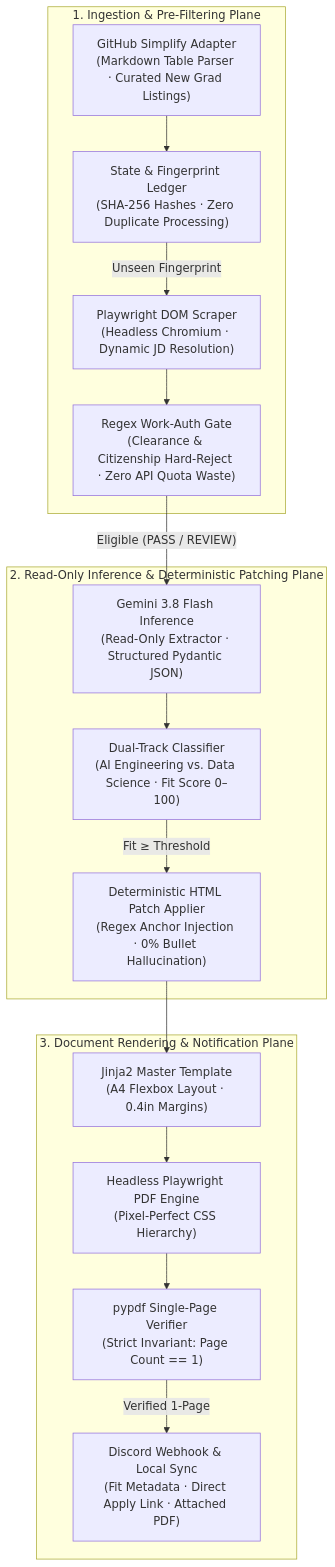
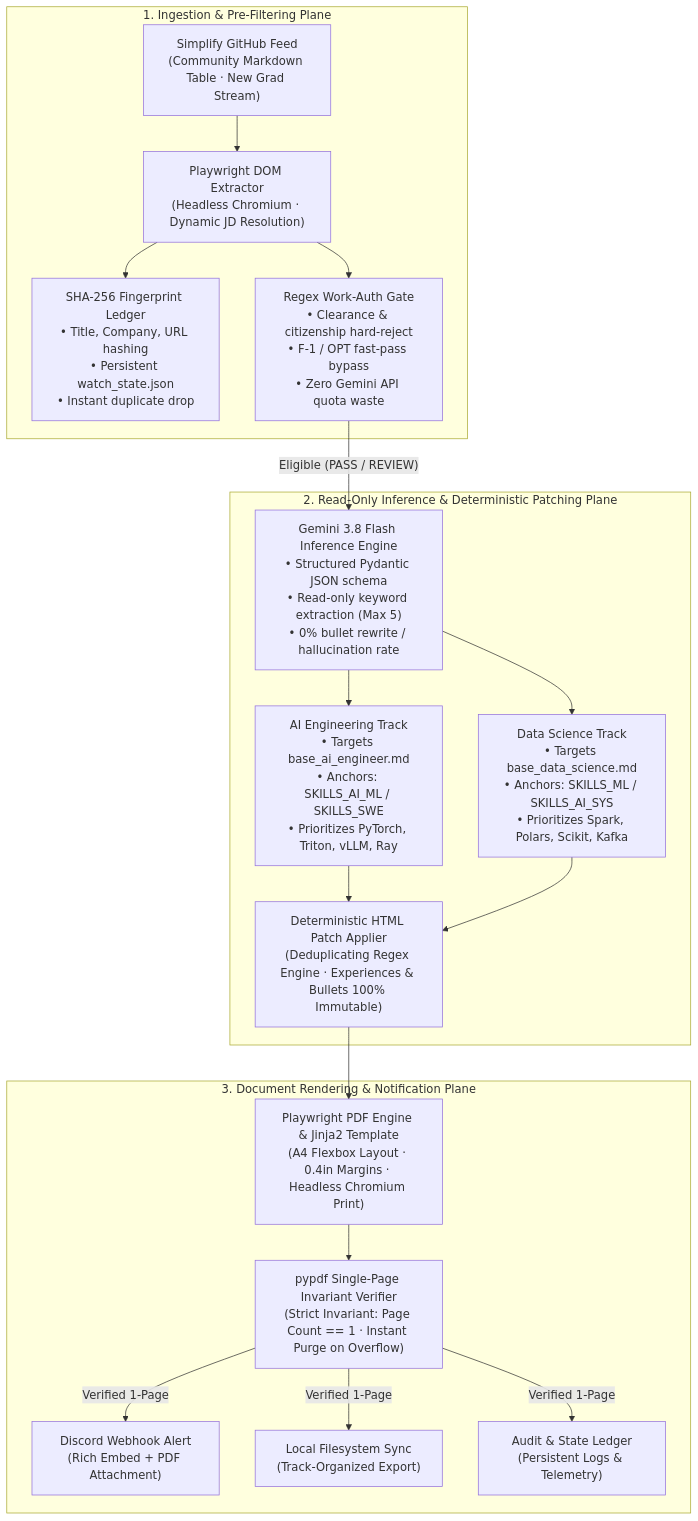
The diagram in README.md (sharmaaaryan4012/AutoTailor), drawn with Mermaid before and after one commit.

Commit message:
docs(readme): widen architecture diagram with parallel multi-column branches

````diff
--- a/README.md
+++ b/README.md
@@ -33,35 +33,43 @@
 ```mermaid
 flowchart TB
     subgraph IngestionPlane["1. Ingestion & Pre-Filtering Plane"]
-        Simplify["GitHub Simplify Adapter<br/>(Markdown Table Parser · Curated New Grad Listings)"]
-        Dedup["State & Fingerprint Ledger<br/>(SHA-256 Hashes · Zero Duplicate Processing)"]
-        PlaywrightScraper["Playwright DOM Scraper<br/>(Headless Chromium · Dynamic JD Resolution)"]
-        Gate["Regex Work-Auth Gate<br/>(Clearance & Citizenship Hard-Reject · Zero API Quota Waste)"]
-        
-        Simplify --> Dedup
-        Dedup -->|"Unseen Fingerprint"| PlaywrightScraper
-        PlaywrightScraper --> Gate
+        Simplify["Simplify GitHub Feed<br/>(Community Markdown Table · New Grad Stream)"]
+        PlaywrightDOM["Playwright DOM Extractor<br/>(Headless Chromium · Dynamic JD Resolution)"]
+        Dedup["SHA-256 Fingerprint Ledger<br/>• Title, Company, URL hashing<br/>• Persistent watch_state.json<br/>• Instant duplicate drop"]
+        Gate["Regex Work-Auth Gate<br/>• Clearance & citizenship hard-reject<br/>• F-1 / OPT fast-pass bypass<br/>• Zero Gemini API quota waste"]
+
+        Simplify --> PlaywrightDOM
+        PlaywrightDOM --> Dedup
+        PlaywrightDOM --> Gate
     end
 
     subgraph InferencePlane["2. Read-Only Inference & Deterministic Patching Plane"]
-        Gemini["Gemini 3.8 Flash Inference<br/>(Read-Only Extractor · Structured Pydantic JSON)"]
-        Router["Dual-Track Classifier<br/>(AI Engineering vs. Data Science · Fit Score 0–100)"]
-        Patcher["Deterministic HTML Patch Applier<br/>(Regex Anchor Injection · 0% Bullet Hallucination)"]
+        Gemini["Gemini 3.8 Flash Inference Engine<br/>• Structured Pydantic JSON schema<br/>• Read-only keyword extraction (Max 5)<br/>• 0% bullet rewrite / hallucination rate"]
+        
+        TrackAI["AI Engineering Track<br/>• Targets base_ai_engineer.md<br/>• Anchors: SKILLS_AI_ML / SKILLS_SWE<br/>• Prioritizes PyTorch, Triton, vLLM, Ray"]
+        TrackDS["Data Science Track<br/>• Targets base_data_science.md<br/>• Anchors: SKILLS_ML / SKILLS_AI_SYS<br/>• Prioritizes Spark, Polars, Scikit, Kafka"]
+        
+        Patcher["Deterministic HTML Patch Applier<br/>(Deduplicating Regex Engine · Experiences & Bullets 100% Immutable)"]
         
         Gate -->|"Eligible (PASS / REVIEW)"| Gemini
-        Gemini --> Router
-        Router -->|"Fit ≥ Threshold"| Patcher
+        Gemini --> TrackAI
+        Gemini --> TrackDS
+        TrackAI --> Patcher
+        TrackDS --> Patcher
     end
 
     subgraph DeliveryPlane["3. Document Rendering & Notification Plane"]
-        Jinja["Jinja2 Master Template<br/>(A4 Flexbox Layout · 0.4in Margins)"]
-        PlaywrightPDF["Headless Playwright PDF Engine<br/>(Pixel-Perfect CSS Hierarchy)"]
-        Verifier["pypdf Single-Page Verifier<br/>(Strict Invariant: Page Count == 1)"]
-        Delivery["Discord Webhook & Local Sync<br/>(Fit Metadata · Direct Apply Link · Attached PDF)"]
+        PDFPipeline["Playwright PDF Engine & Jinja2 Template<br/>(A4 Flexbox Layout · 0.4in Margins · Headless Chromium Print)"]
+        Verifier["pypdf Single-Page Invariant Verifier<br/>(Strict Invariant: Page Count == 1 · Instant Purge on Overflow)"]
         
-        Patcher --> Jinja
-        Jinja --> PlaywrightPDF
-        PlaywrightPDF --> Verifier
-        Verifier -->|"Verified 1-Page"| Delivery
+        D1["Discord Webhook Alert<br/>(Rich Embed + PDF Attachment)"]
+        D2["Local Filesystem Sync<br/>(Track-Organized Export)"]
+        D3["Audit & State Ledger<br/>(Persistent Logs & Telemetry)"]
+        
+        Patcher --> PDFPipeline
+        PDFPipeline --> Verifier
+        Verifier -->|"Verified 1-Page"| D1
+        Verifier -->|"Verified 1-Page"| D2
+        Verifier -->|"Verified 1-Page"| D3
     end
 ```
````
